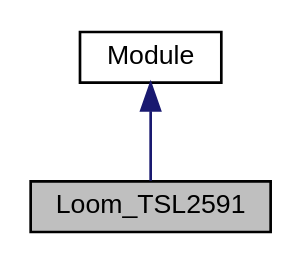
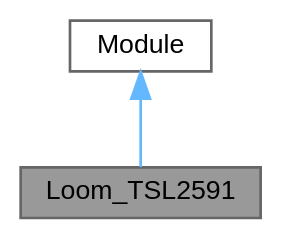
Before and after one commit to OPEnSLab-OSU/Loom-V4: the diagram in docs/class_loom___t_s_l2591__inherit__graph.dot, drawn with Graphviz. The commit also changed 773 other files, not shown here.

```diff
--- a/docs/class_loom___t_s_l2591__inherit__graph.dot
+++ b/docs/class_loom___t_s_l2591__inherit__graph.dot
@@ -1,9 +1,10 @@
 digraph "Loom_TSL2591"
 {
  // LATEX_PDF_SIZE
-  edge [fontname="Helvetica",fontsize="10",labelfontname="Helvetica",labelfontsize="10"];
-  node [fontname="Helvetica",fontsize="10",shape=record];
-  Node1 [label="Loom_TSL2591",height=0.2,width=0.4,color="black", fillcolor="grey75", style="filled", fontcolor="black",tooltip=" "];
-  Node2 -> Node1 [dir="back",color="midnightblue",fontsize="10",style="solid",fontname="Helvetica"];
-  Node2 [label="Module",height=0.2,width=0.4,color="black", fillcolor="white", style="filled",URL="$class_module.html",tooltip="General overarching interface to provide basic unified functionality."];
+  bgcolor="transparent";
+  edge [fontname=Helvetica,fontsize=10,labelfontname=Helvetica,labelfontsize=10];
+  node [fontname=Helvetica,fontsize=10,shape=box,height=0.2,width=0.4];
+  Node1 [label="Loom_TSL2591",height=0.2,width=0.4,color="gray40", fillcolor="grey60", style="filled", fontcolor="black",tooltip=" "];
+  Node2 -> Node1 [dir="back",color="steelblue1",style="solid"];
+  Node2 [label="Module",height=0.2,width=0.4,color="gray40", fillcolor="white", style="filled",URL="$class_module.html",tooltip=" "];
 }
```
